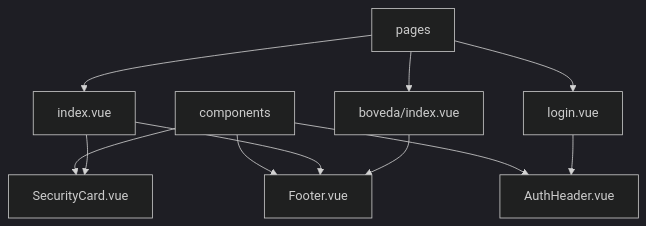
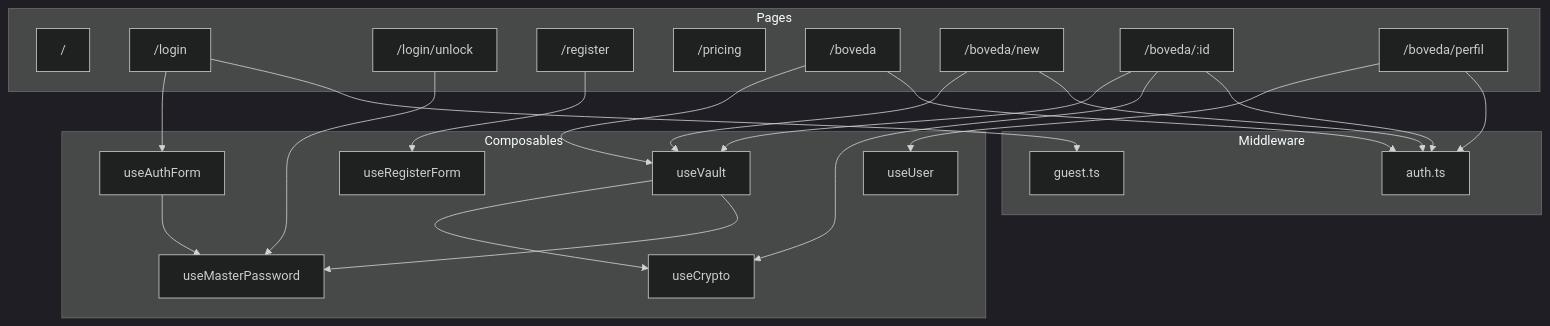
One commit to Giankrp/Alcatraz changed the diagram in app/README.md. Above: the diagram before and after it, drawn with Mermaid (dark theme). The commit also changed other lines of this file and 25 other files, not shown here.

Commit message:
feat: Implement user profile page with account and security management, including new user composables, API endpoint, and UI enhancements.

````diff
--- a/app/README.md
+++ b/app/README.md
@@ -24,13 +60,45 @@
 ```mermaid
 flowchart TD
-  P[pages] --> I[index.vue]
-  P --> L[login.vue]
-  P --> V[boveda/index.vue]
-  C[components] --> AH[AuthHeader.vue]
-  C --> SC[SecurityCard.vue]
-  C --> FT[Footer.vue]
-  L --> AH
-  I --> SC
-  I --> FT
-  V --> FT
+    subgraph Pages
+        LND["/"]
+        LOG["/login"]
+        UNL["/login/unlock"]
+        REG["/register"]
+        PRC["/pricing"]
+        BOV["/boveda"]
+        NEW["/boveda/new"]
+        DET["/boveda/:id"]
+        PRF["/boveda/perfil"]
+    end
+
+    subgraph Composables
+        AF[useAuthForm]
+        RF[useRegisterForm]
+        CR[useCrypto]
+        VT[useVault]
+        MP[useMasterPassword]
+        US[useUser]
+    end
+
+    subgraph Middleware
+        AU[auth.ts]
+        GU[guest.ts]
+    end
+
+    LOG --> AF
+    LOG --> GU
+    UNL --> MP
+    REG --> RF
+    BOV --> VT
+    BOV --> AU
+    NEW --> VT
+    NEW --> AU
+    DET --> VT
+    DET --> CR
+    DET --> AU
+    PRF --> US
+    PRF --> AU
+    AF --> MP
+    VT --> CR
+    VT --> MP
 ```
````
